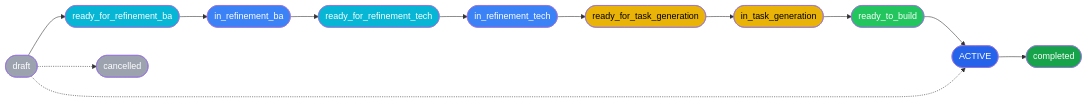
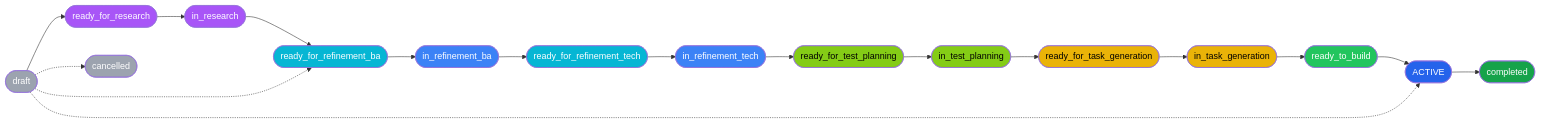
One commit to jwwelbor/shark-task-manager changed the fourth of 8 diagrams in docs/guides/multi-level-workflow.md. Above: the diagram before and after it, drawn with Mermaid. The commit also changed other lines of this file and 1 other file, not shown here.

````diff
--- a/docs/guides/multi-level-workflow.md
+++ b/docs/guides/multi-level-workflow.md
@@ -134,24 +187,31 @@
 ```mermaid
 flowchart LR
-    draft([draft]):::gray --> rfba([ready_for_refinement_ba]):::cyan
+    draft([draft]):::gray --> rfr([ready_for_research]):::purple
+    rfr --> ir([in_research]):::purple
+    ir --> rfba([ready_for_refinement_ba]):::cyan
     rfba --> irba([in_refinement_ba]):::blue
     irba --> rfrt([ready_for_refinement_tech]):::cyan
     rfrt --> irrt([in_refinement_tech]):::blue
-    irrt --> rftg([ready_for_task_generation]):::yellow
+    irrt --> rftp([ready_for_test_planning]):::lime
+    rftp --> itp([in_test_planning]):::lime
+    itp --> rftg([ready_for_task_generation]):::yellow
     rftg --> itg([in_task_generation]):::yellow
     itg --> rtb([ready_to_build]):::green
     rtb --> active([ACTIVE]):::blue2
     active --> completed([completed]):::green2
 
+    draft -.-> rfba
     draft -.-> active
     draft -.-> cancelled([cancelled]):::gray
 
     classDef gray fill:#9ca3af,color:#fff
+    classDef purple fill:#a855f7,color:#fff
     classDef cyan fill:#06b6d4,color:#fff
     classDef blue fill:#3b82f6,color:#fff
+    classDef lime fill:#84cc16,color:#000
     classDef yellow fill:#eab308,color:#000
     classDef green fill:#22c55e,color:#fff
     classDef blue2 fill:#2563eb,color:#fff
     classDef green2 fill:#16a34a,color:#fff
     classDef red fill:#ef4444,color:#fff
 ```
````
